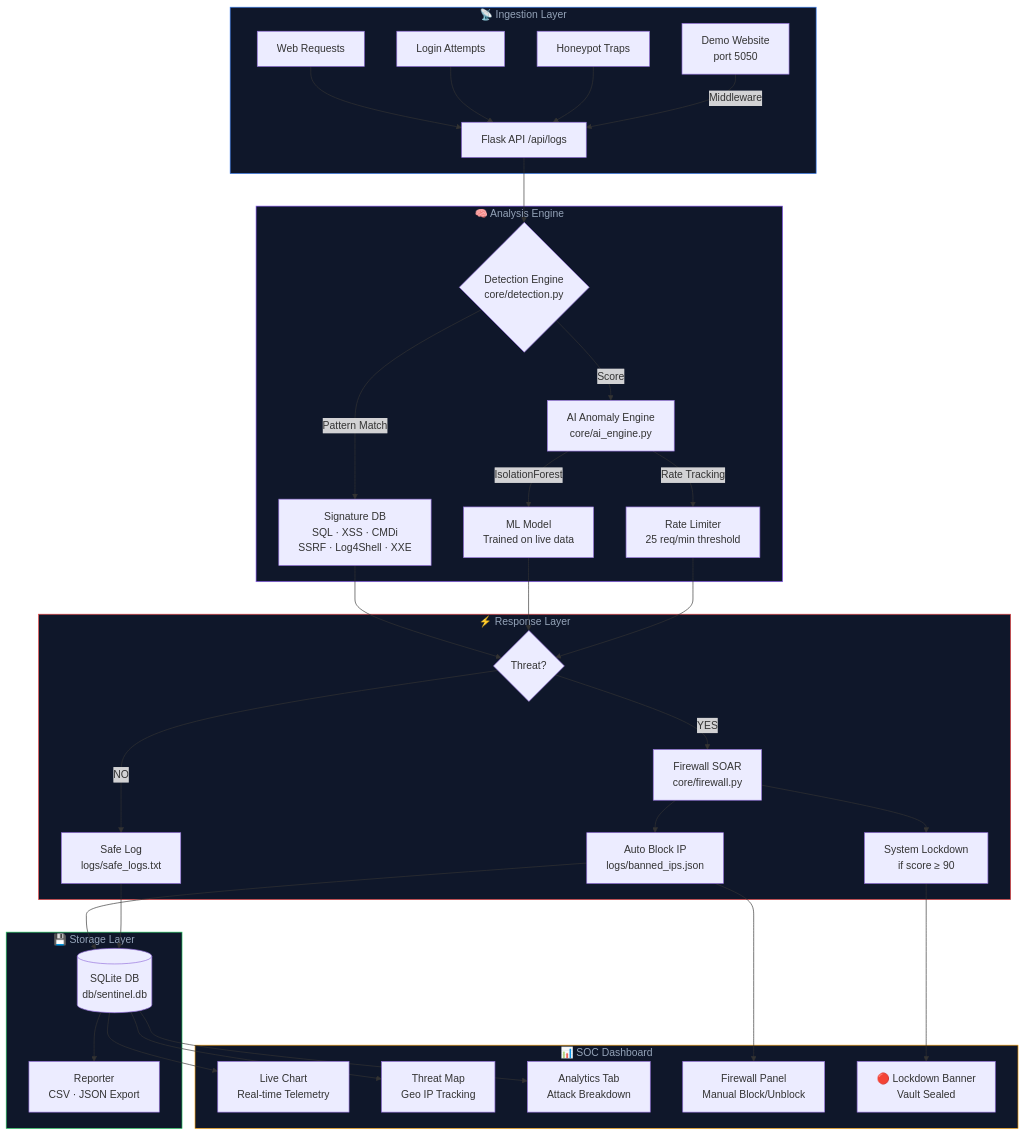
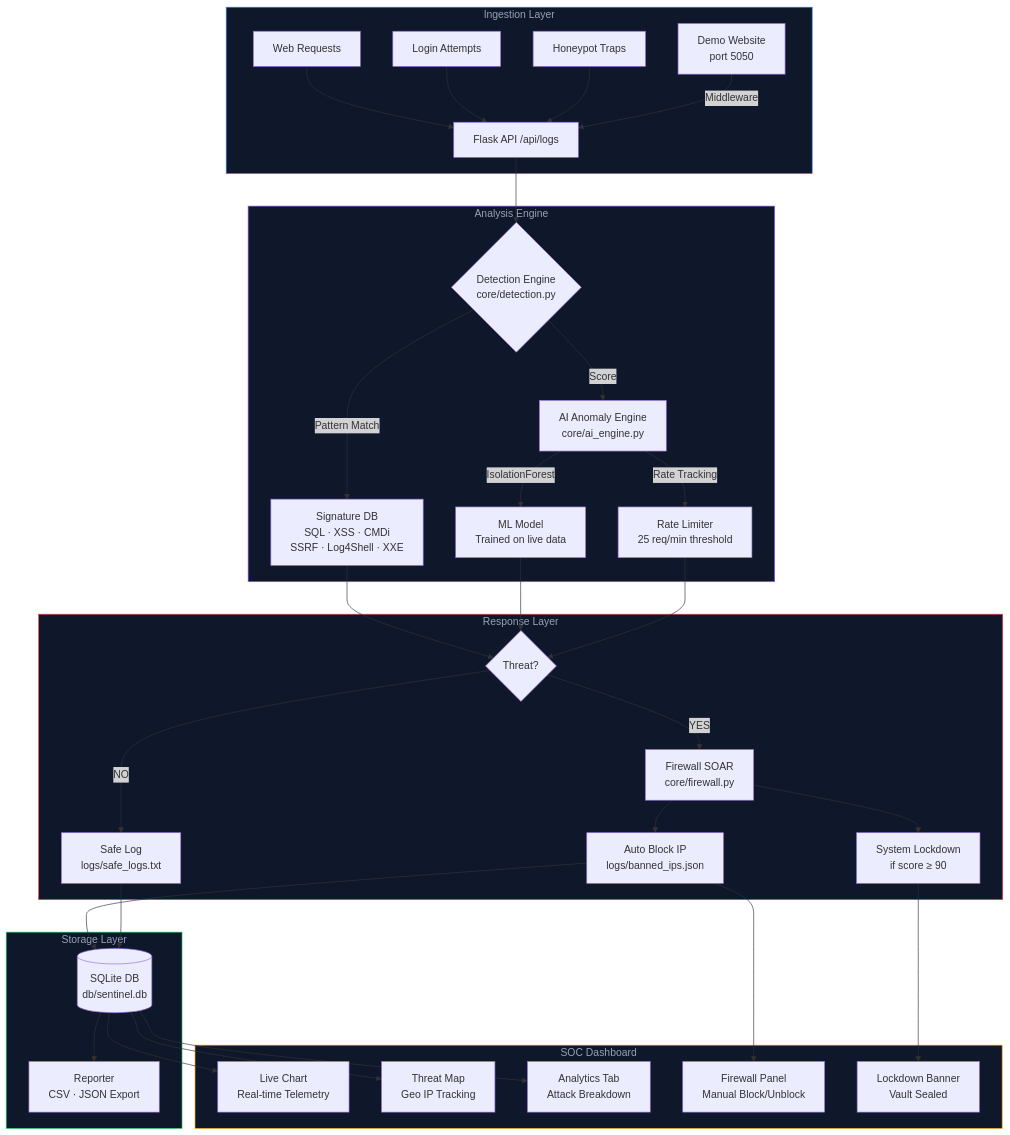
One commit to abhaystic/SENTINEL_SIEM changed the diagram in README.md. Above: the diagram before and after it, drawn with Mermaid. The commit also changed other lines of this file, not shown here.

````diff
--- a/README.md
+++ b/README.md
@@ -43,47 +40,47 @@
 ```mermaid
 graph TB
-    subgraph INGESTION ["📡 Ingestion Layer"]
+    subgraph IngestionLayer ["Ingestion Layer"]
         A[Web Requests] --> B[Flask API /api/logs]
         C[Login Attempts] --> B
         D[Honeypot Traps] --> B
         E[Demo Website\nport 5050] -->|Middleware| B
     end
 
-    subgraph ANALYSIS ["🧠 Analysis Engine"]
+    subgraph AnalysisEngine ["Analysis Engine"]
         B --> F{Detection Engine\ncore/detection.py}
         F -->|Pattern Match| G[Signature DB\nSQL · XSS · CMDi\nSSRF · Log4Shell · XXE]
         F -->|Score| H[AI Anomaly Engine\ncore/ai_engine.py]
         H -->|IsolationForest| I[ML Model\nTrained on live data]
         H -->|Rate Tracking| J[Rate Limiter\n25 req/min threshold]
     end
 
-    subgraph RESPONSE ["⚡ Response Layer"]
+    subgraph ResponseLayer ["Response Layer"]
         G --> K{Threat?}
         I --> K
         J --> K
         K -->|YES| L[Firewall SOAR\ncore/firewall.py]
         K -->|NO| M[Safe Log\nlogs/safe_logs.txt]
         L --> N[Auto Block IP\nlogs/banned_ips.json]
         L --> O[System Lockdown\nif score ≥ 90]
     end
 
-    subgraph STORAGE ["💾 Storage Layer"]
+    subgraph StorageLayer ["Storage Layer"]
         N --> P[(SQLite DB\ndb/sentinel.db)]
         M --> P
         P --> Q[Reporter\nCSV · JSON Export]
     end
 
-    subgraph DASHBOARD ["📊 SOC Dashboard"]
+    subgraph Dashboard ["SOC Dashboard"]
         P --> R[Live Chart\nReal-time Telemetry]
         P --> S[Threat Map\nGeo IP Tracking]
         P --> T[Analytics Tab\nAttack Breakdown]
         N --> U[Firewall Panel\nManual Block/Unblock]
-        O --> V[🔴 Lockdown Banner\nVault Sealed]
+        O --> V[Lockdown Banner\nVault Sealed]
     end
 
-    style INGESTION fill:#0f172a,stroke:#3b82f6,color:#94a3b8
-    style ANALYSIS fill:#0f172a,stroke:#8b5cf6,color:#94a3b8
-    style RESPONSE fill:#0f172a,stroke:#ef4444,color:#94a3b8
-    style STORAGE fill:#0f172a,stroke:#22c55e,color:#94a3b8
-    style DASHBOARD fill:#0f172a,stroke:#f59e0b,color:#94a3b8
+    style IngestionLayer fill:#0f172a,stroke:#3b82f6,color:#94a3b8
+    style AnalysisEngine fill:#0f172a,stroke:#8b5cf6,color:#94a3b8
+    style ResponseLayer fill:#0f172a,stroke:#ef4444,color:#94a3b8
+    style StorageLayer fill:#0f172a,stroke:#22c55e,color:#94a3b8
+    style Dashboard fill:#0f172a,stroke:#f59e0b,color:#94a3b8
 ```
````
